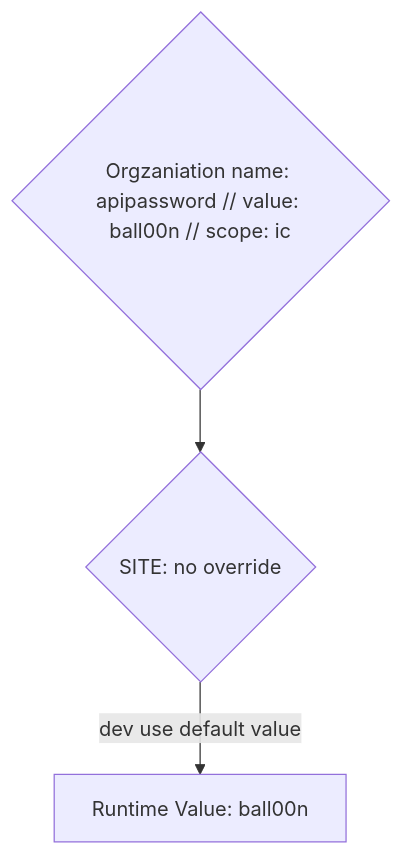
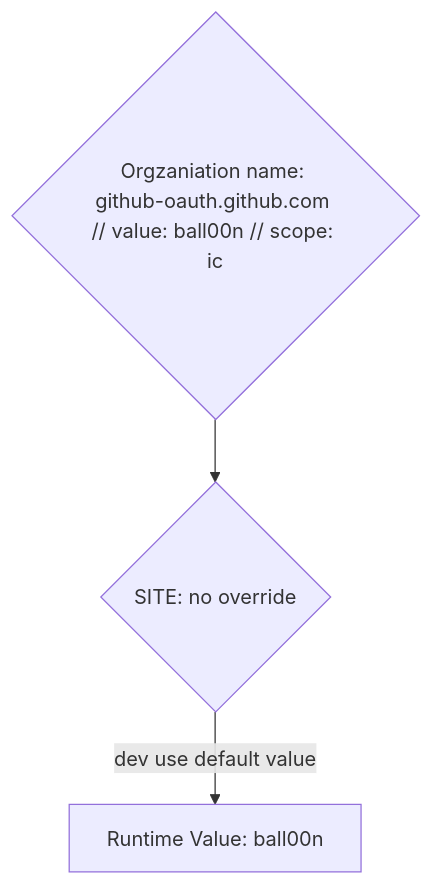
Before and after one commit to pantheon-systems/terminus-secrets-manager-plugin: the second of 4 diagrams in README.md, drawn with Mermaid.

Commit message:
changing variable name

````diff
--- a/README.md
+++ b/README.md
@@ -103,5 +103,5 @@
 ```mermaid
 flowchart TD
-    B{Orgzaniation name: apipassword // value: ball00n // scope: ic} --> C{SITE: no override}
+    B{Orgzaniation name: github-oauth.github.com // value: ball00n // scope: ic} --> C{SITE: no override}
     C -->|dev use default value| D[Runtime Value: ball00n]
 ```
````
